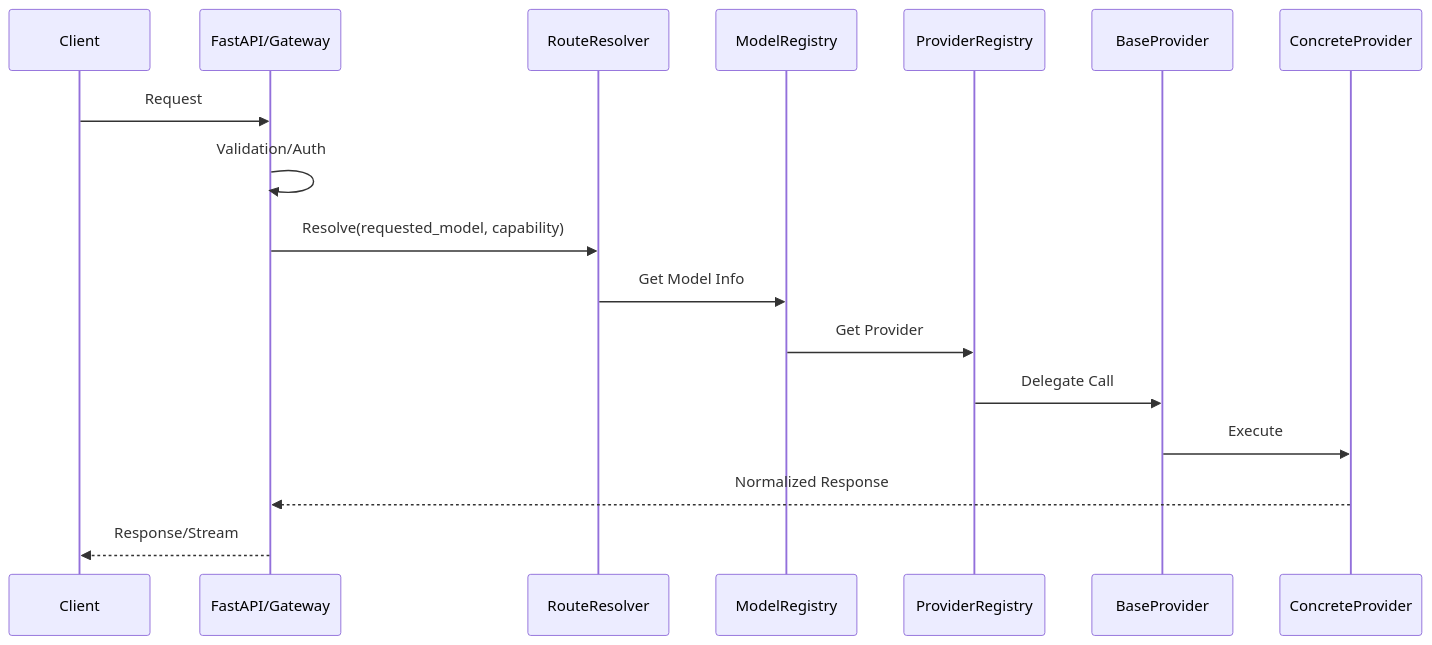
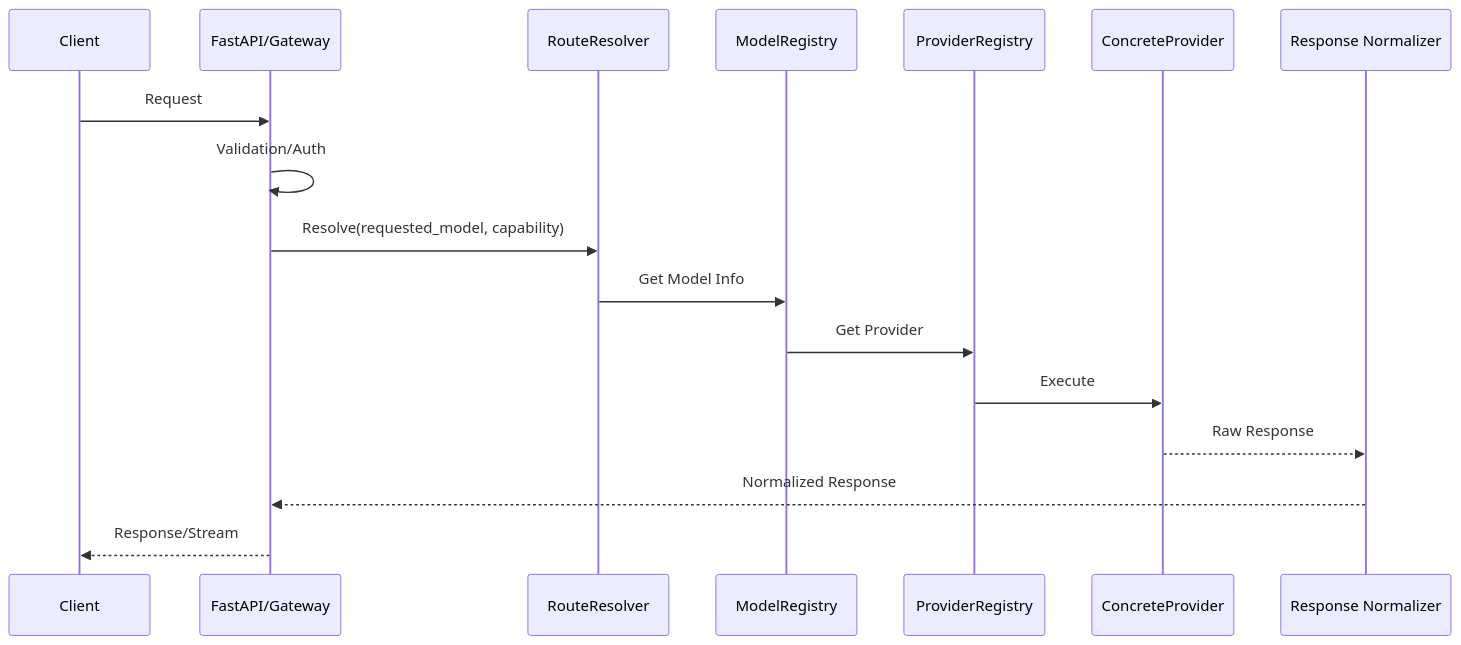
Before and after one commit to j2sleek/nexus-ai-gateway: the first of 2 diagrams in docs/architecture/ADR-001-gateway-architecture.md, drawn with Mermaid. The commit also changed other lines of this file, not shown here.

Commit message:
docs: finalize gateway architecture ADR

````diff
--- a/docs/architecture/ADR-001-gateway-architecture.md
+++ b/docs/architecture/ADR-001-gateway-architecture.md
@@ -13,20 +13,20 @@
 ```mermaid
 sequenceDiagram
     participant C as Client
     participant A as FastAPI/Gateway
     participant R as RouteResolver
     participant Reg as ModelRegistry
     participant PReg as ProviderRegistry
-    participant P as BaseProvider
     participant Con as ConcreteProvider
+    participant Norm as Response Normalizer
 
     C->>A: Request
     A->>A: Validation/Auth
     A->>R: Resolve(requested_model, capability)
     R->>Reg: Get Model Info
     Reg->>PReg: Get Provider
-    PReg->>P: Delegate Call
-    P->>Con: Execute
-    Con-->>A: Normalized Response
+    PReg->>Con: Execute
+    Con-->>Norm: Raw Response
+    Norm-->>A: Normalized Response
     A-->>C: Response/Stream
 ```
````
